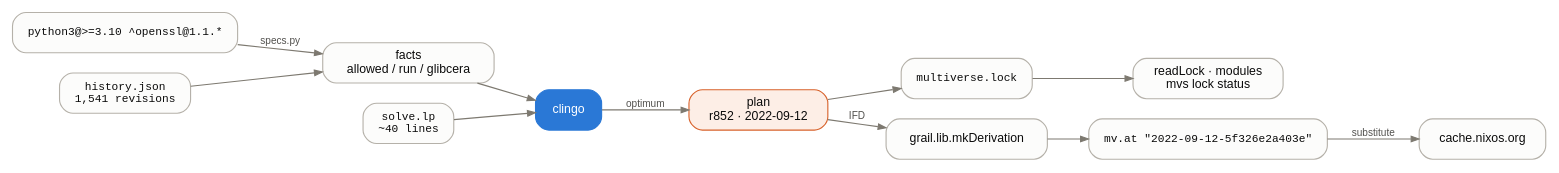
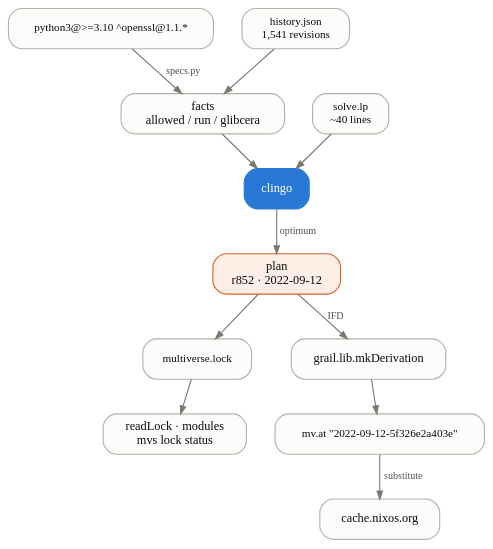
The diagram in tools/figures/pipeline.dot (fzakaria/grail), drawn with Graphviz before and after one commit. The commit also changed 2 other files, not shown here.

```diff
--- a/tools/figures/pipeline.dot
+++ b/tools/figures/pipeline.dot
@@ -1,40 +1,42 @@
 // The grail pipeline, for the blog post.
 // dot -Tsvg pipeline.dot -o grail-pipeline.svg
 digraph grail {
-  rankdir = LR;
-  bgcolor = "white";
+  rankdir = TB;
+  nodesep = 0.35;
+  ranksep = 0.4;
+  bgcolor = "transparent";
   node [
     shape = box,
     style = "rounded,filled",
     fillcolor = "#fcfcfb",
     color = "#b5b1a9",
-    fontname = "Helvetica",
+    fontname = "JetBrains Mono",
     fontsize = 11,
     fontcolor = "#0b0b0b",
     margin = "0.18,0.09"
   ];
-  edge [color = "#7d7970", arrowsize = 0.7, fontname = "Helvetica", fontsize = 9, fontcolor = "#52514e"];
+  edge [color = "#7d7970", arrowsize = 0.7, fontname = "JetBrains Mono", fontsize = 9, fontcolor = "#52514e"];
 
-  query   [label = "python3@>=3.10 ^openssl@1.1.*", fontname = "Courier", fontsize = 10];
-  history [label = "history.json\n1,541 revisions", fontname = "Courier", fontsize = 10];
+  query   [label = "python3@>=3.10 ^openssl@1.1.*", fontsize = 10];
+  history [label = "history.json\n1,541 revisions", fontsize = 10];
   facts   [label = "facts\nallowed / run / glibcera"];
-  rules   [label = "solve.lp\n~40 lines", fontname = "Courier", fontsize = 10];
+  rules   [label = "solve.lp\n~40 lines", fontsize = 10];
   clingo  [label = "clingo", fillcolor = "#2a78d6", fontcolor = "white", color = "#2a78d6"];
   plan    [label = "plan\nr852 · 2022-09-12", fillcolor = "#fdeee6", color = "#d8622b"];
-  lock    [label = "multiverse.lock", fontname = "Courier", fontsize = 10];
+  lock    [label = "multiverse.lock", fontsize = 10];
   consume [label = "readLock · modules\nmvs lock status"];
   mkdrv   [label = "grail.lib.mkDerivation"];
-  mvat    [label = "mv.at \"2022-09-12-5f326e2a403e\"", fontname = "Courier", fontsize = 10];
+  mvat    [label = "mv.at \"2022-09-12-5f326e2a403e\"", fontsize = 10];
   cache   [label = "cache.nixos.org"];
 
   query -> facts [label = "specs.py"];
   history -> facts;
   facts -> clingo;
   rules -> clingo;
   clingo -> plan [label = "optimum"];
   plan -> lock;
   lock -> consume;
   plan -> mkdrv [label = "IFD"];
   mkdrv -> mvat;
   mvat -> cache [label = "substitute"];
 }
```
